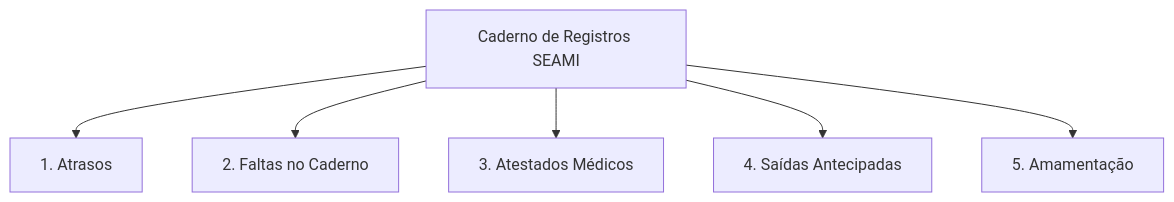
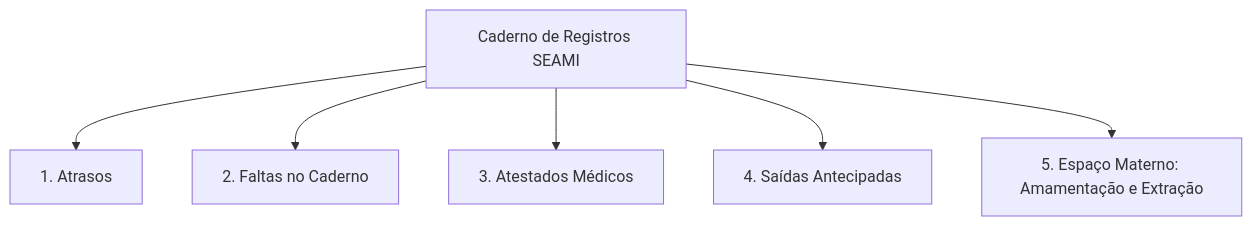
Before and after one commit to wilker-duarte/seami-app: the diagram in docs/04_caderno_de_registros_seami.md, drawn with Mermaid. The commit also changed other lines of this file and 29 other files, not shown here.

Commit message:
feat: adiciona Espaço Materno (Sala de Extração), itens de acordo nos órgãos conveniados, histórico de realocação de turma/turno dos alunos, preservação de responsável na enfermaria e alinhamento de assiduidade

````diff
--- a/docs/04_caderno_de_registros_seami.md
+++ b/docs/04_caderno_de_registros_seami.md
@@ -11,8 +11,8 @@
 ```mermaid
 graph TD
     A[Caderno de Registros SEAMI] --> B[1. Atrasos]
     A --> C[2. Faltas no Caderno]
     A --> D[3. Atestados Médicos]
     A --> E[4. Saídas Antecipadas]
-    A --> F[5. Amamentação]
+    A --> F[5. Espaço Materno: Amamentação e Extração]
 ```
````
